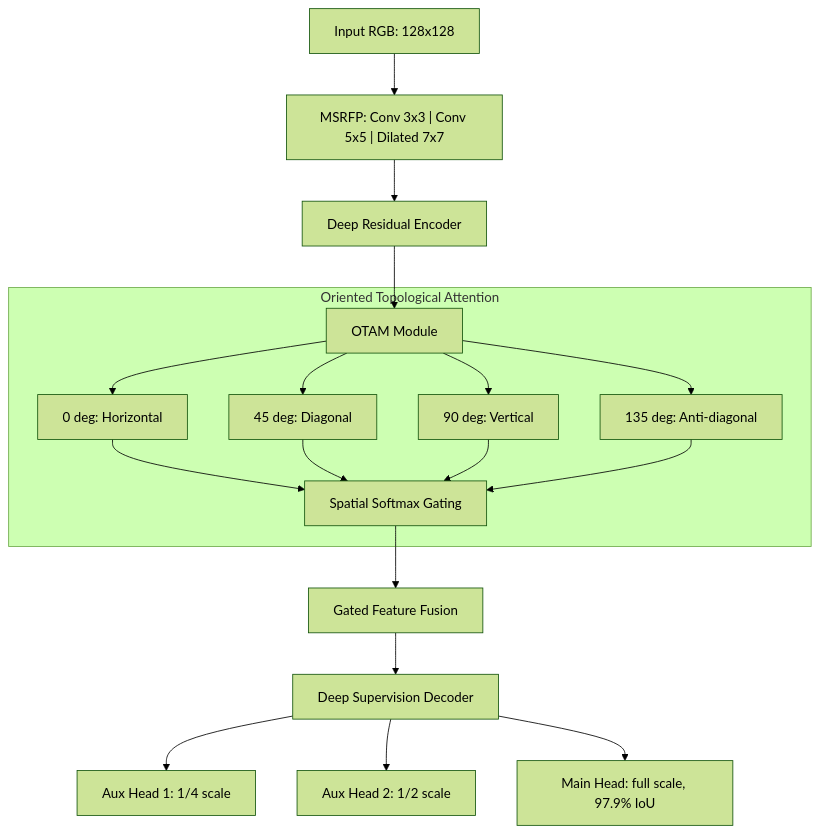
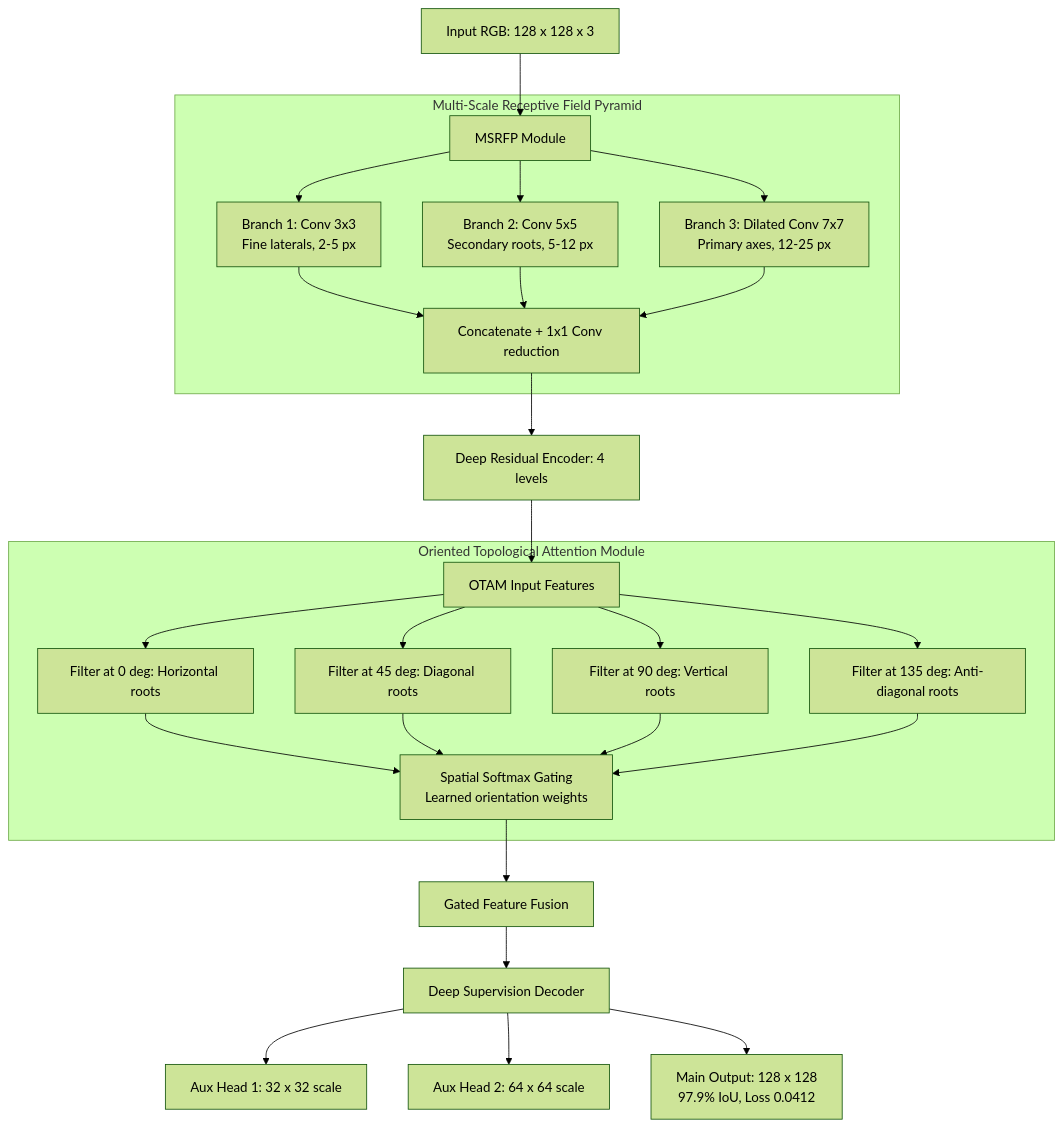
The third of 7 diagrams in elsevier/manuscript.md (Runtime-Slayers/RhizoWhisperer), drawn with Mermaid (forest theme) before and after one commit. The commit also changed other lines of this file and 7 other files, not shown here.

````diff
--- a/elsevier/manuscript.md
+++ b/elsevier/manuscript.md
@@ -140,18 +235,28 @@
 ```mermaid
 flowchart TD
-    IN["Input RGB: 128x128"] --> MSRFP["MSRFP: Conv 3x3 | Conv 5x5 | Dilated 7x7"]
-    MSRFP --> ENC["Deep Residual Encoder"]
-    ENC --> OTAM["OTAM Module"]
-    subgraph Attention ["Oriented Topological Attention"]
-        OTAM --> F0["0 deg: Horizontal"]
-        OTAM --> F45["45 deg: Diagonal"]
-        OTAM --> F90["90 deg: Vertical"]
-        OTAM --> F135["135 deg: Anti-diagonal"]
-        F0 & F45 & F90 & F135 --> GATE["Spatial Softmax Gating"]
+    IN["Input RGB: 128 x 128 x 3"] --> MSRFP_MODULE["MSRFP Module"]
+
+    subgraph MSRFP ["Multi-Scale Receptive Field Pyramid"]
+        MSRFP_MODULE --> K3["Branch 1: Conv 3x3\nFine laterals, 2-5 px"]
+        MSRFP_MODULE --> K5["Branch 2: Conv 5x5\nSecondary roots, 5-12 px"]
+        MSRFP_MODULE --> K7["Branch 3: Dilated Conv 7x7\nPrimary axes, 12-25 px"]
+        K3 & K5 & K7 --> CAT["Concatenate + 1x1 Conv reduction"]
     end
-    GATE --> FUSE["Gated Feature Fusion"]
-    FUSE --> DEC["Deep Supervision Decoder"]
-    DEC --> AUX1["Aux Head 1: 1/4 scale"]
-    DEC --> AUX2["Aux Head 2: 1/2 scale"]
-    DEC --> MAIN["Main Head: full scale, 97.9% IoU"]
+
+    CAT --> ENC["Deep Residual Encoder: 4 levels"]
+    ENC --> OTAM_IN["OTAM Input Features"]
+
+    subgraph OTAM ["Oriented Topological Attention Module"]
+        OTAM_IN --> F0["Filter at 0 deg: Horizontal roots"]
+        OTAM_IN --> F45["Filter at 45 deg: Diagonal roots"]
+        OTAM_IN --> F90["Filter at 90 deg: Vertical roots"]
+        OTAM_IN --> F135["Filter at 135 deg: Anti-diagonal roots"]
+        F0 & F45 & F90 & F135 --> SOFTMAX["Spatial Softmax Gating\nLearned orientation weights"]
+    end
+
+    SOFTMAX --> GATED["Gated Feature Fusion"]
+    GATED --> DECODER["Deep Supervision Decoder"]
+    DECODER --> AUX1["Aux Head 1: 32 x 32 scale"]
+    DECODER --> AUX2["Aux Head 2: 64 x 64 scale"]
+    DECODER --> MAIN["Main Output: 128 x 128\n97.9% IoU, Loss 0.0412"]
 ```
````
